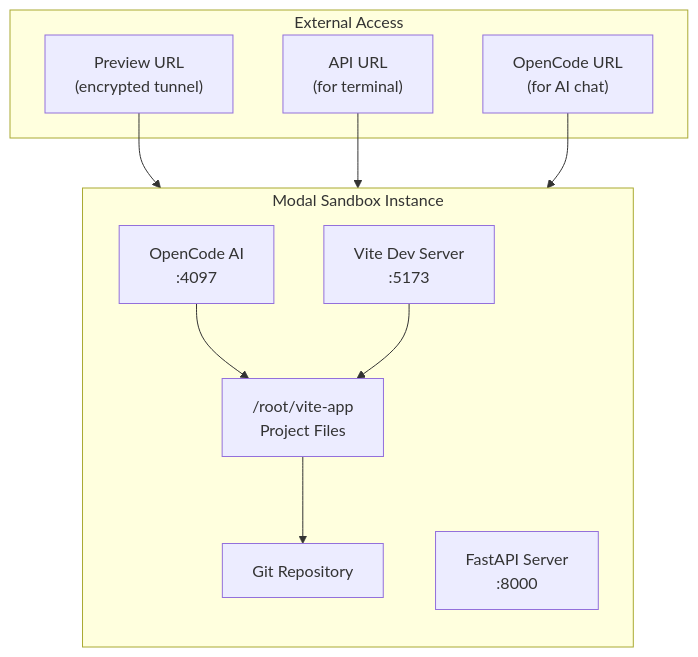
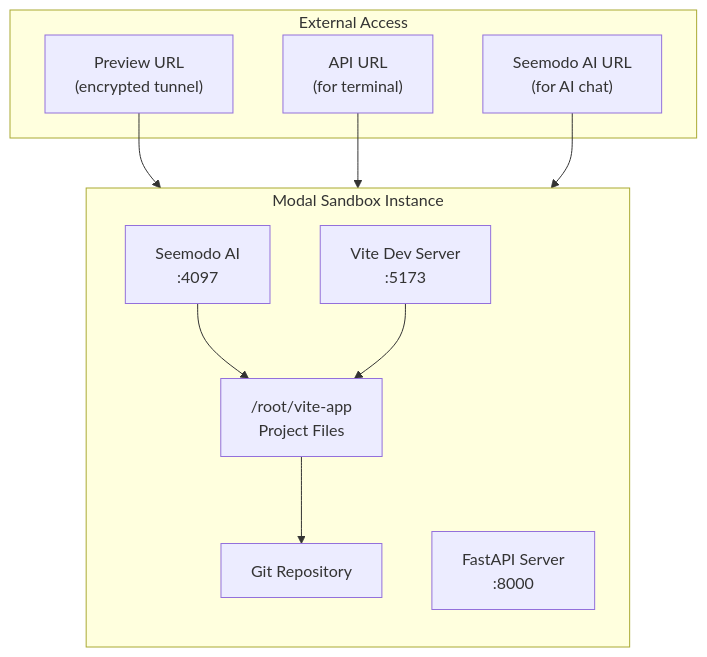
The second of 2 diagrams in seemodo/sandbox.mdx (Seemodo/docs), drawn with Mermaid before and after one commit. The commit also changed other lines of this file and 23 other files, not shown here.

Commit message:
Update documentation to replace all instances of "OpenCode" with "Seemodo AI" across multiple files, including AGENTS.md, README.md, and various API reference documents, ensuring consistency with the new branding.

````diff
--- a/seemodo/sandbox.mdx
+++ b/seemodo/sandbox.mdx
@@ -139,24 +139,24 @@
 ```mermaid
 flowchart TB
     subgraph Modal["Modal Sandbox Instance"]
         direction TB
         ViteServer["Vite Dev Server\n:5173"]
         FastAPIServer["FastAPI Server\n:8000"]
-        OpenCodeServer["OpenCode AI\n:4097"]
+        SeemodAIServer["Seemodo AI\n:4097"]
         Git["Git Repository"]
         Files["/root/vite-app\nProject Files"]
     end
 
     subgraph External["External Access"]
         Preview["Preview URL\n(encrypted tunnel)"]
         API["API URL\n(for terminal)"]
-        OpenCode["OpenCode URL\n(for AI chat)"]
+        SeemodAI["Seemodo AI URL\n(for AI chat)"]
     end
 
     Preview --> ViteServer
     API --> FastAPIServer
-    OpenCode --> OpenCodeServer
-    OpenCodeServer --> Files
+    SeemodAI --> SeemodAIServer
+    SeemodAIServer --> Files
     Files --> Git
     ViteServer --> Files
 ```
````
